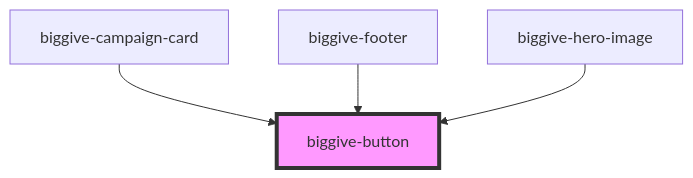
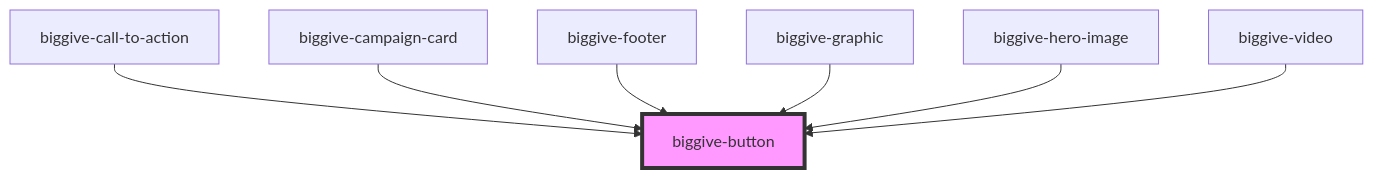
One commit to thebiggive/donate-frontend changed the diagram in src/components/biggive-button/readme.md. Above: the diagram before and after it, drawn with Mermaid. The commit also changed other lines of this file and 49 other files, not shown here.

````diff
--- a/src/components/biggive-button/readme.md
+++ b/src/components/biggive-button/readme.md
@@ -26,7 +29,10 @@
 ```mermaid
 graph TD;
+  biggive-call-to-action --> biggive-button
   biggive-campaign-card --> biggive-button
   biggive-footer --> biggive-button
+  biggive-graphic --> biggive-button
   biggive-hero-image --> biggive-button
+  biggive-video --> biggive-button
   style biggive-button fill:#f9f,stroke:#333,stroke-width:4px
 ```
````
